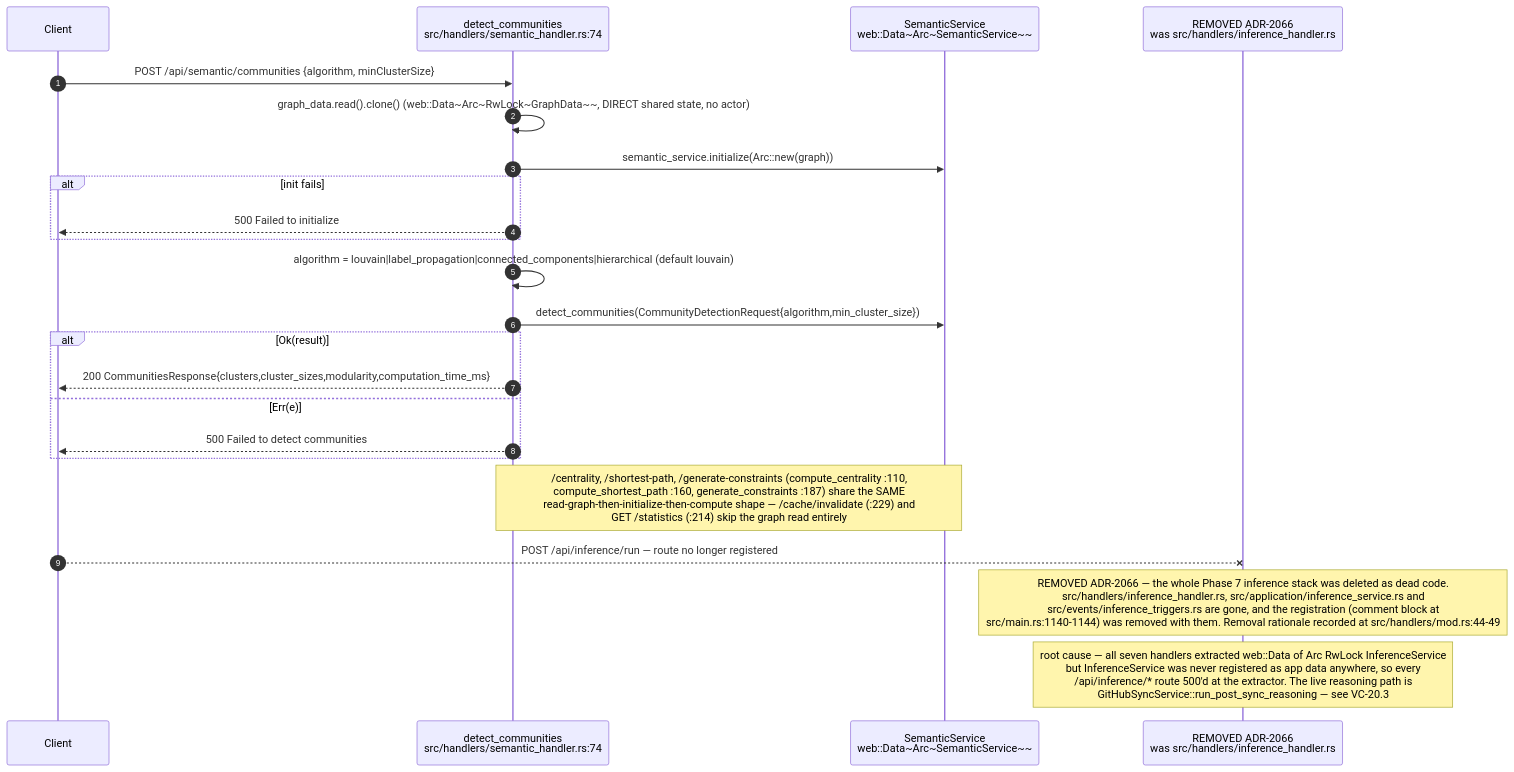
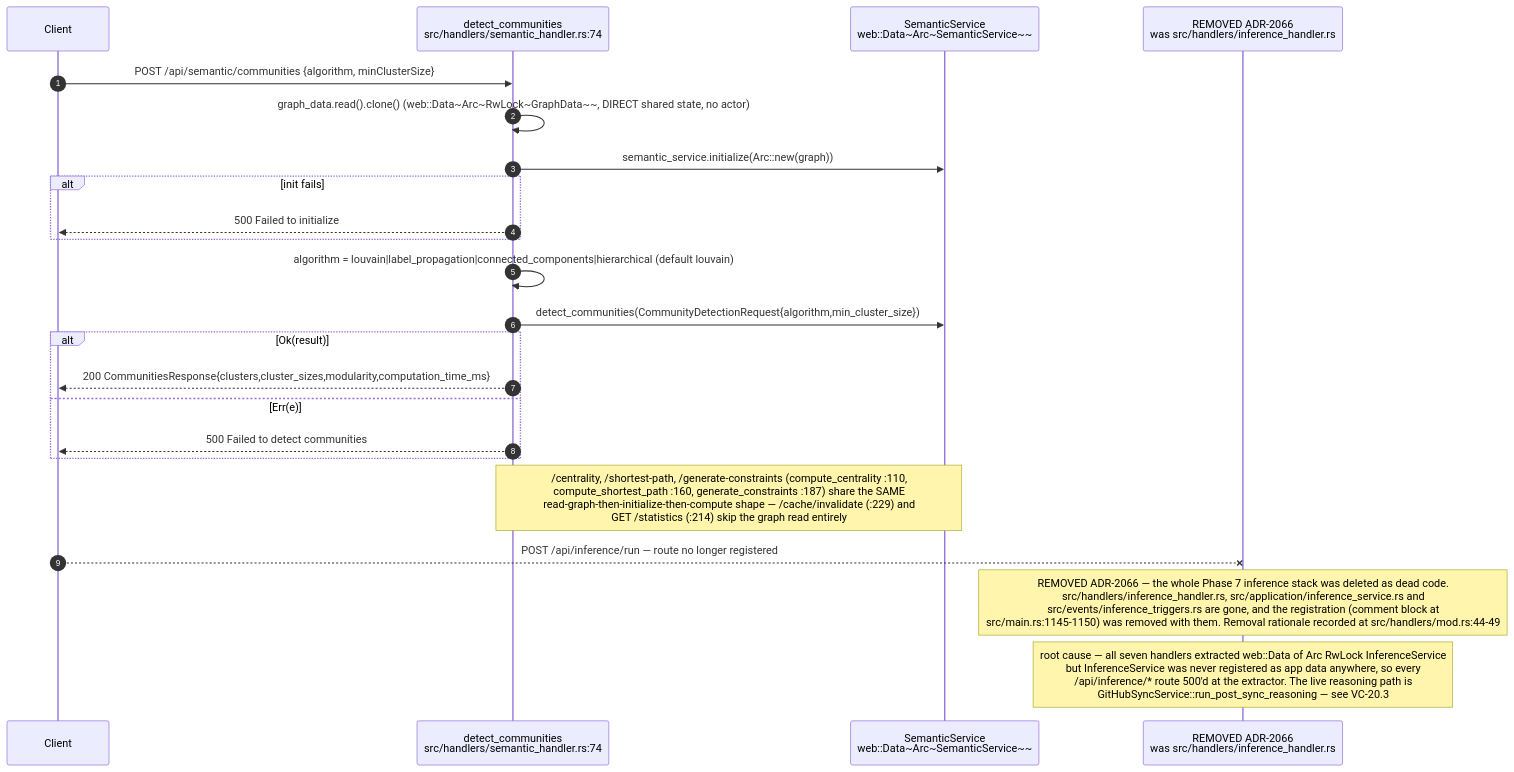
One commit to DreamLab-AI/VisionFlow changed diagram 19 of 24 in docs/diagrams/visionclaw/04-handlers-graph-and-state.md. Above: the diagram before and after it, drawn with Mermaid. The commit also changed other lines of this file and 94 other files, not shown here.

First line of the commit message:
docs(diagrams): re-verify 130 topics against 2 October HEADs

````diff
--- a/docs/diagrams/visionclaw/04-handlers-graph-and-state.md
+++ b/docs/diagrams/visionclaw/04-handlers-graph-and-state.md
@@ -874,27 +874,27 @@
 ```mermaid
 sequenceDiagram
     autonumber
     participant C as Client
     participant DC as detect_communities<br/>src/handlers/semantic_handler.rs:74
     participant SEM as SemanticService<br/>web::Data~Arc~SemanticService~~
     participant RI as REMOVED ADR-2066<br/>was src/handlers/inference_handler.rs
 
     C->>DC: POST /api/semantic/communities {algorithm, minClusterSize}
     DC->>DC: graph_data.read().clone() (web::Data~Arc~RwLock~GraphData~~, DIRECT shared state, no actor)
     DC->>SEM: semantic_service.initialize(Arc::new(graph))
     alt init fails
         DC-->>C: 500 Failed to initialize
     end
     DC->>DC: algorithm = louvain|label_propagation|connected_components|hierarchical (default louvain)
     DC->>SEM: detect_communities(CommunityDetectionRequest{algorithm,min_cluster_size})
     alt Ok(result)
         DC-->>C: 200 CommunitiesResponse{clusters,cluster_sizes,modularity,computation_time_ms}
     else Err(e)
         DC-->>C: 500 Failed to detect communities
     end
     Note over DC,SEM: /centrality, /shortest-path, /generate-constraints (compute_centrality :110,<br/>compute_shortest_path :160, generate_constraints :187) share the SAME<br/>read-graph-then-initialize-then-compute shape — /cache/invalidate (:229) and<br/>GET /statistics (:214) skip the graph read entirely
 
 C--xRI: POST /api/inference/run — route no longer registered
-    Note over RI: REMOVED ADR-2066 — the whole Phase 7 inference stack was deleted as dead code.<br/>src/handlers/inference_handler.rs, src/application/inference_service.rs and<br/>src/events/inference_triggers.rs are gone, and the registration (comment block at<br/>src/main.rs:1140-1144) was removed with them. Removal rationale recorded at src/handlers/mod.rs:44-49
+    Note over RI: REMOVED ADR-2066 — the whole Phase 7 inference stack was deleted as dead code.<br/>src/handlers/inference_handler.rs, src/application/inference_service.rs and<br/>src/events/inference_triggers.rs are gone, and the registration (comment block at<br/>src/main.rs:1145-1150) was removed with them. Removal rationale recorded at src/handlers/mod.rs:44-49
     Note over RI: root cause — all seven handlers extracted web::Data of Arc RwLock InferenceService<br/>but InferenceService was never registered as app data anywhere, so every<br/>/api/inference/* route 500'd at the extractor. The live reasoning path is<br/>GitHubSyncService::run_post_sync_reasoning — see VC-20.3
 ```
````
